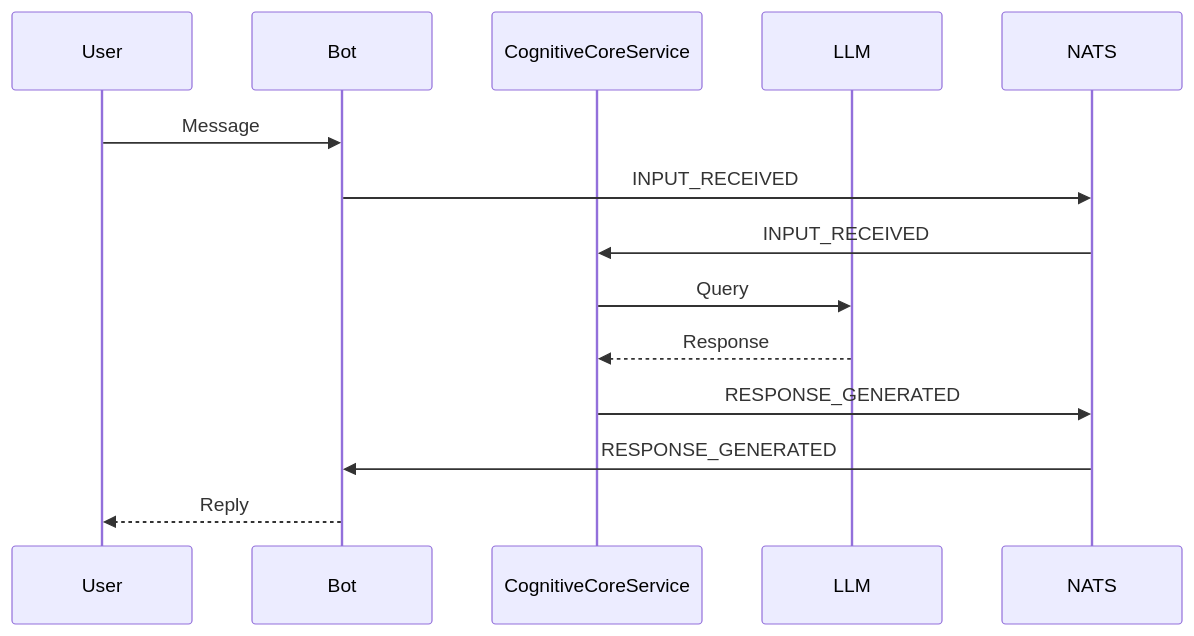
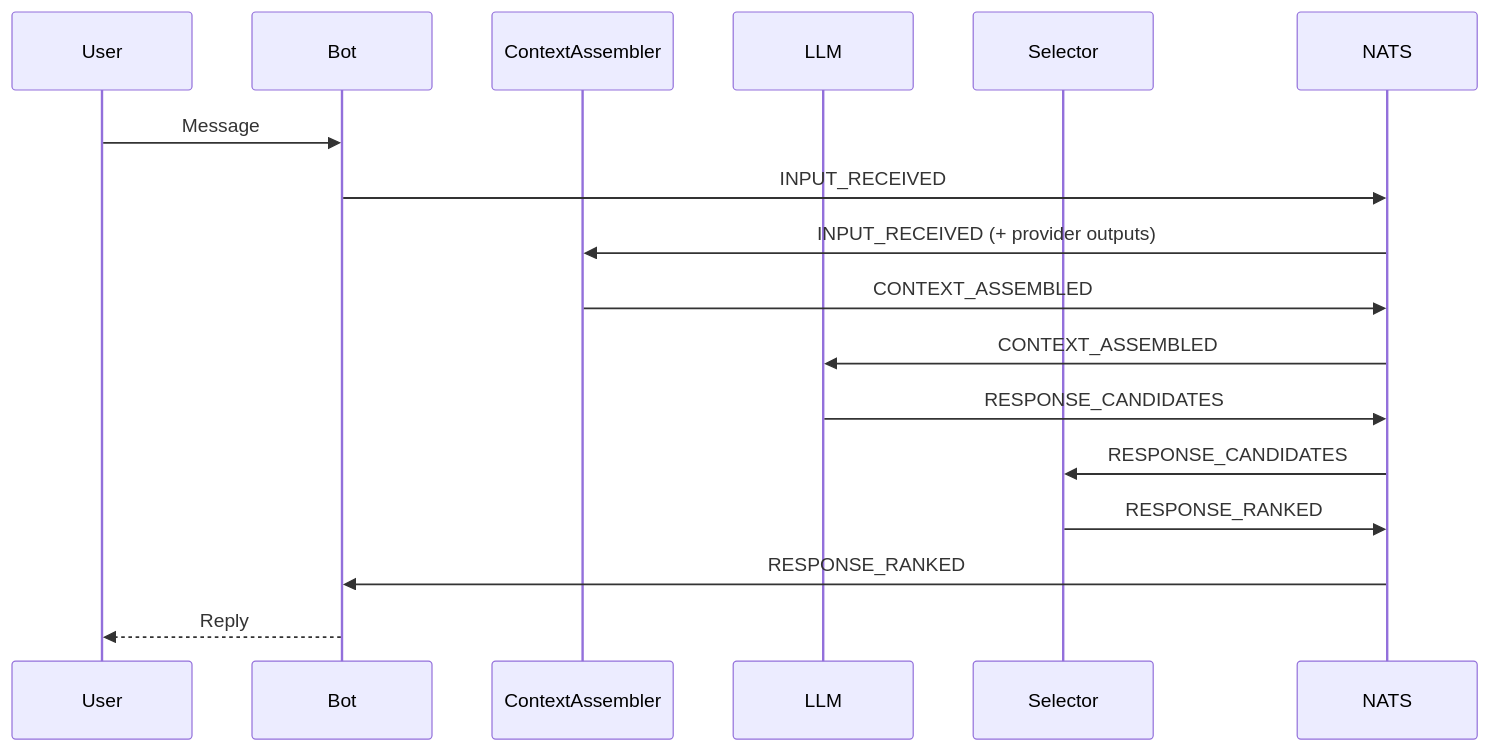
One commit to d0tTino/DeepThought-ReThought changed the diagram in docs/architecture.md. Above: the diagram before and after it, drawn with Mermaid. The commit also changed other lines of this file and 6 other files, not shown here.

Commit message:
Migrate response lifecycle to candidates and ranked events

````diff
--- a/docs/architecture.md
+++ b/docs/architecture.md
@@ -23,16 +23,19 @@
 ```mermaid
 sequenceDiagram
     participant User
     participant Bot
-    participant CognitiveCoreService
+    participant ContextAssembler
     participant LLM
+    participant Selector
 
     User->>Bot: Message
     Bot->>NATS: INPUT_RECEIVED
-    NATS->>CognitiveCoreService: INPUT_RECEIVED
-    CognitiveCoreService->>LLM: Query
-    LLM-->>CognitiveCoreService: Response
-    CognitiveCoreService->>NATS: RESPONSE_GENERATED
-    NATS->>Bot: RESPONSE_GENERATED
+    NATS->>ContextAssembler: INPUT_RECEIVED (+ provider outputs)
+    ContextAssembler->>NATS: CONTEXT_ASSEMBLED
+    NATS->>LLM: CONTEXT_ASSEMBLED
+    LLM->>NATS: RESPONSE_CANDIDATES
+    NATS->>Selector: RESPONSE_CANDIDATES
+    Selector->>NATS: RESPONSE_RANKED
+    NATS->>Bot: RESPONSE_RANKED
     Bot-->>User: Reply
 ```
````
